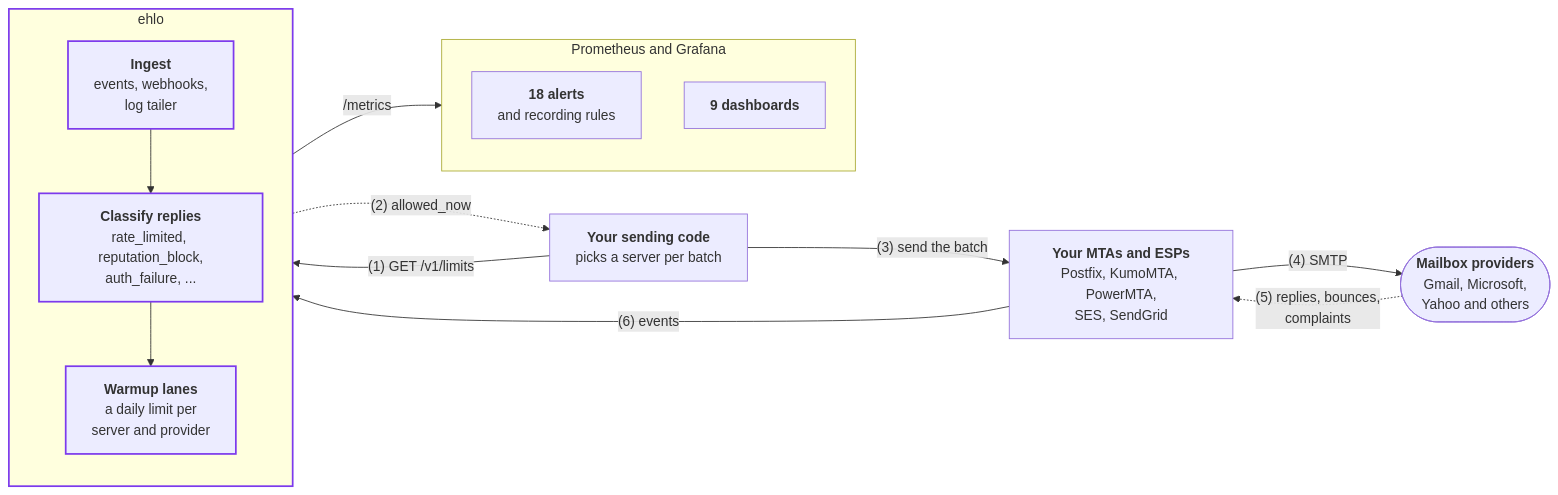
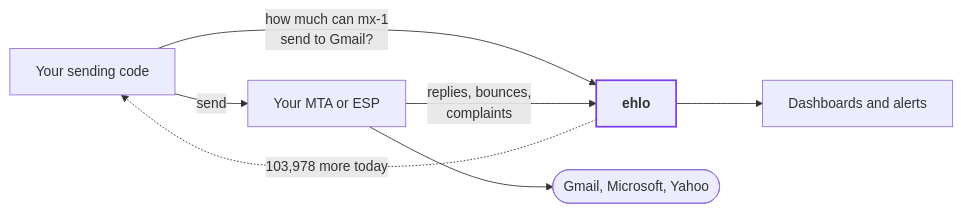
Before and after one commit to cauebraz/ehlo: the diagram in README.md, drawn with Mermaid. The commit also changed other lines of this file and 1 other file, not shown here.

````diff
--- a/README.md
+++ b/README.md
@@ -23,32 +31,17 @@
 ```mermaid
 flowchart LR
-    sender["<b>Your sending code</b><br/>picks a server per batch"]
-    mta["<b>Your MTAs and ESPs</b><br/>Postfix, KumoMTA, PowerMTA,<br/>SES, SendGrid"]
-    providers(["<b>Mailbox providers</b><br/>Gmail, Microsoft,<br/>Yahoo and others"])
+    app["Your sending code"]
+    ehlo["<b>ehlo</b>"]
+    mta["Your MTA or ESP"]
+    providers(["Gmail, Microsoft, Yahoo"])
+    grafana["Dashboards and alerts"]
 
-    subgraph ehlo["ehlo"]
-        direction TB
-        ingest["<b>Ingest</b><br/>events, webhooks,<br/>log tailer"]
-        classify["<b>Classify replies</b><br/>rate_limited, reputation_block,<br/>auth_failure, ..."]
-        lanes["<b>Warmup lanes</b><br/>a daily limit per<br/>server and provider"]
-        ingest --> classify --> lanes
-    end
+    app -- "how much can mx-1<br/>send to Gmail?" --> ehlo
+    ehlo -. "103,978 more today" .-> app
+    app -- "send" --> mta
+    mta --> providers
+    mta -- "replies, bounces,<br/>complaints" --> ehlo
+    ehlo --> grafana
 
-    subgraph monitoring["Prometheus and Grafana"]
-        direction TB
-        alerts["<b>18 alerts</b><br/>and recording rules"]
-        dashboards["<b>9 dashboards</b>"]
-    end
-
-    sender -- "(1) GET /v1/limits" --> ehlo
-    ehlo -. "(2) allowed_now" .-> sender
-    sender -- "(3) send the batch" --> mta
-    mta -- "(4) SMTP" --> providers
-    providers -. "(5) replies, bounces,<br/>complaints" .-> mta
-    mta -- "(6) events" --> ehlo
-    ehlo -- "/metrics" --> monitoring
-
-    classDef core stroke:#7c3aed,stroke-width:2px
-    class ingest,classify,lanes core
     style ehlo stroke:#7c3aed,stroke-width:2px
 ```
````
